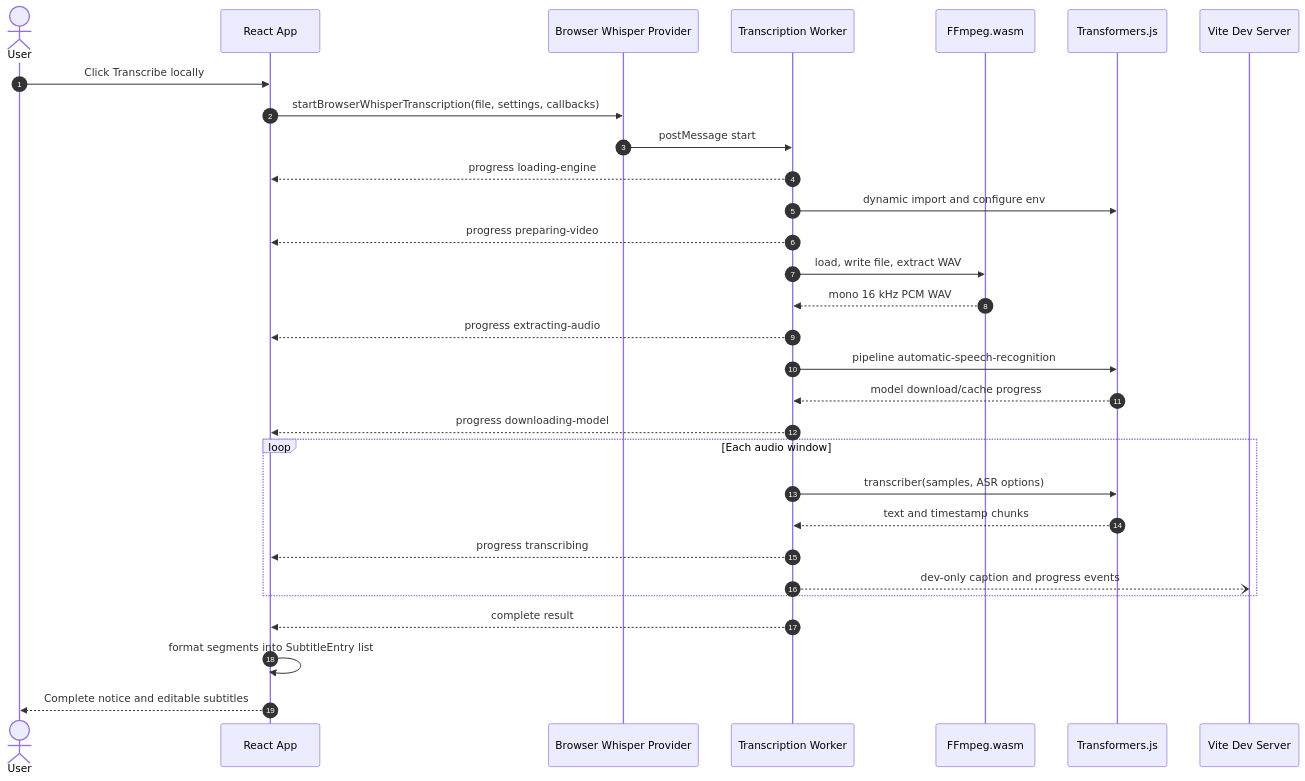
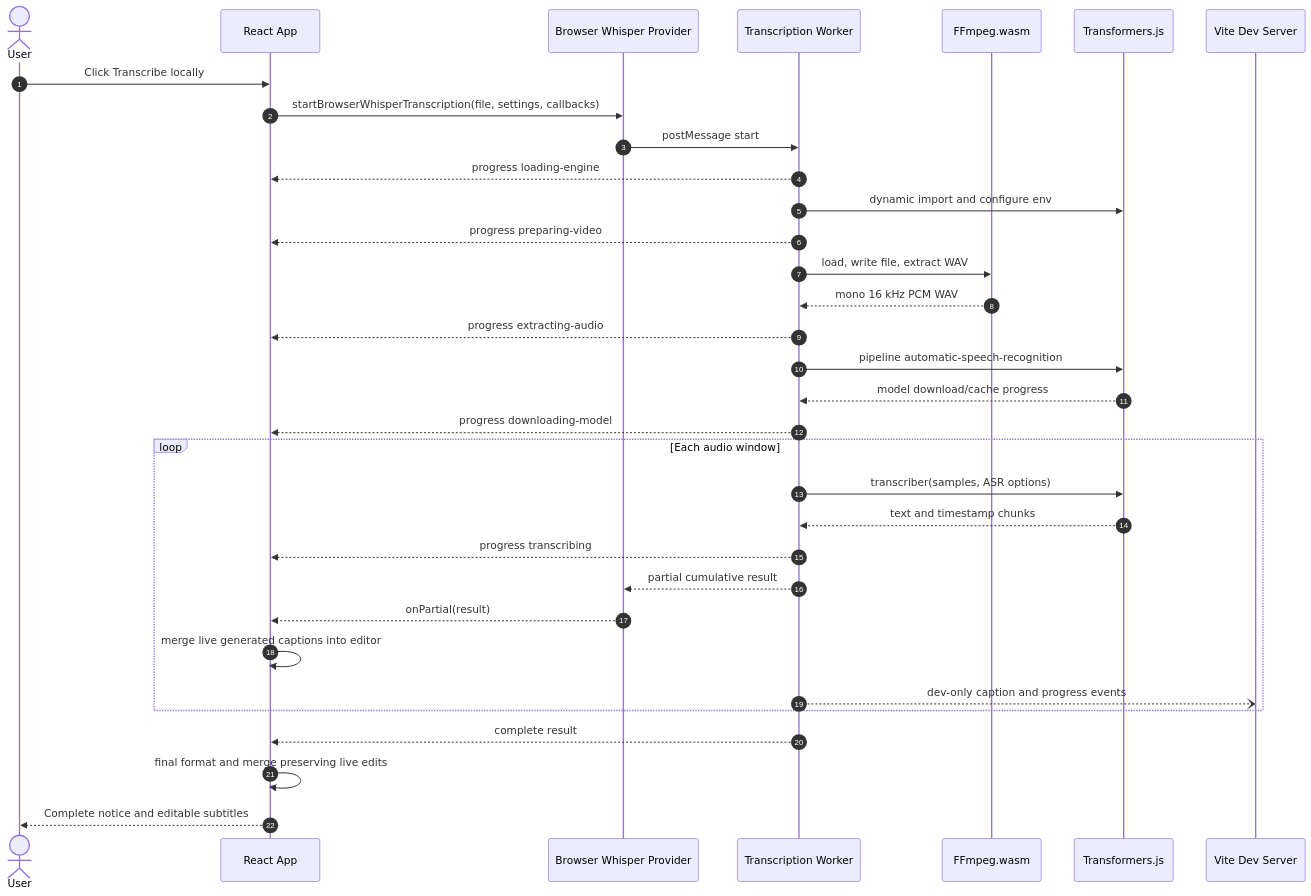
Before and after one commit to zxyandreay/auto-subtitle: the sixth of 17 diagrams in docs/project-state.md, drawn with Mermaid. The commit also changed other lines of this file and 8 other files, not shown here.

First line of the commit message:
feat(transcription): stream captions into editor

````diff
--- a/docs/project-state.md
+++ b/docs/project-state.md
@@ -298,33 +300,36 @@
 ```mermaid
 sequenceDiagram
     autonumber
     actor User
     participant App as React App
     participant Provider as Browser Whisper Provider
     participant Worker as Transcription Worker
     participant FFmpeg as FFmpeg.wasm
     participant HF as Transformers.js
     participant Vite as Vite Dev Server
 
     User->>App: Click Transcribe locally
     App->>Provider: startBrowserWhisperTranscription(file, settings, callbacks)
     Provider->>Worker: postMessage start
     Worker-->>App: progress loading-engine
     Worker->>HF: dynamic import and configure env
     Worker-->>App: progress preparing-video
     Worker->>FFmpeg: load, write file, extract WAV
     FFmpeg-->>Worker: mono 16 kHz PCM WAV
     Worker-->>App: progress extracting-audio
     Worker->>HF: pipeline automatic-speech-recognition
     HF-->>Worker: model download/cache progress
     Worker-->>App: progress downloading-model
     loop Each audio window
         Worker->>HF: transcriber(samples, ASR options)
         HF-->>Worker: text and timestamp chunks
         Worker-->>App: progress transcribing
+        Worker-->>Provider: partial cumulative result
+        Provider-->>App: onPartial(result)
+        App->>App: merge live generated captions into editor
         Worker--)Vite: dev-only caption and progress events
     end
     Worker-->>App: complete result
-    App->>App: format segments into SubtitleEntry list
+    App->>App: final format and merge preserving live edits
     App-->>User: Complete notice and editable subtitles
 ```
````
